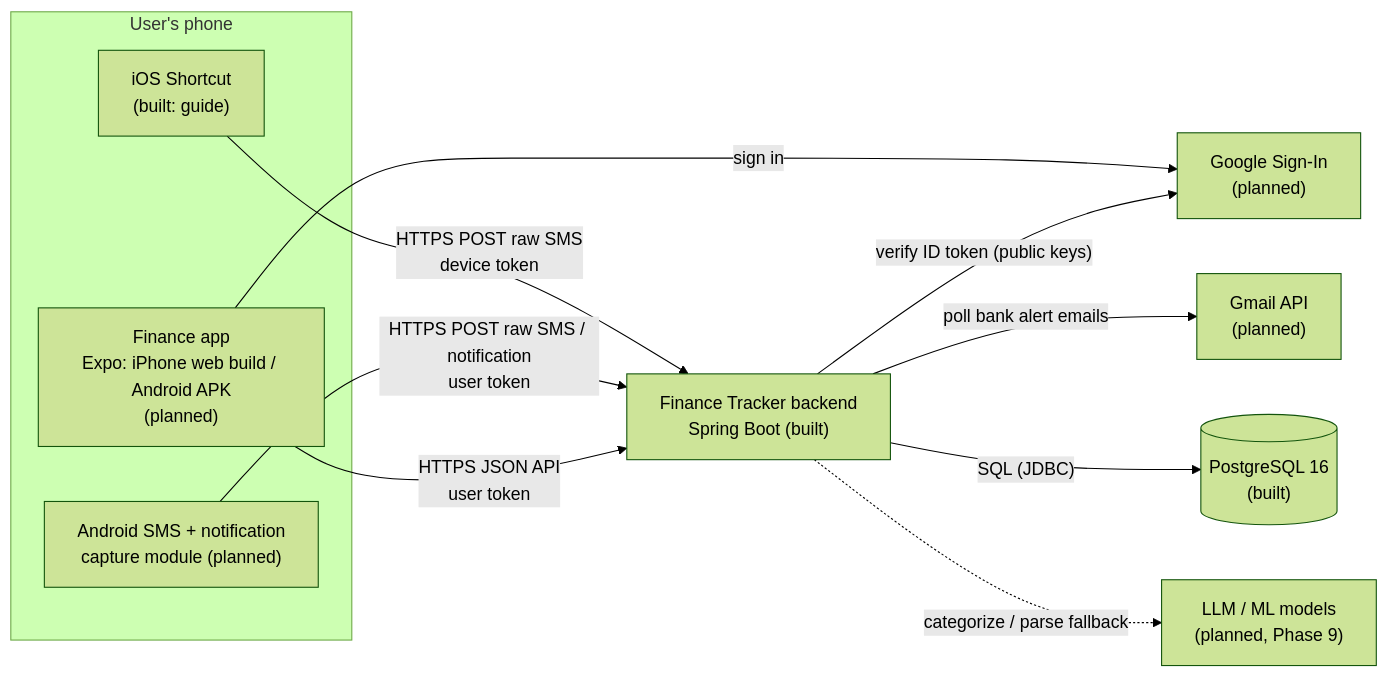
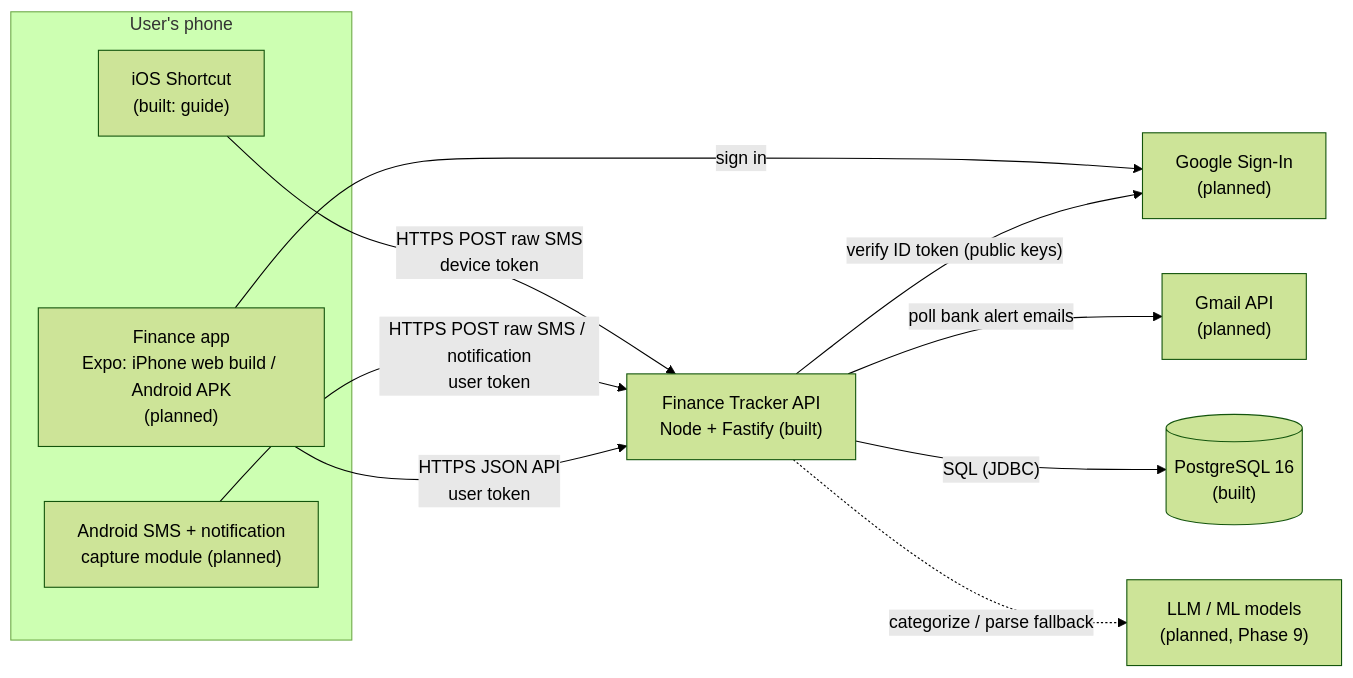
One commit to santoshmanaguli/finance-tracker changed the first of 5 diagrams in docs/architecture.md. Above: the diagram before and after it, drawn with Mermaid (forest theme). The commit also changed other lines of this file and 107 other files, not shown here.

First line of the commit message:
Step 1: port backend from Java/Spring Boot to Node + TypeScript + Fastify

````diff
--- a/docs/architecture.md
+++ b/docs/architecture.md
@@ -20,23 +20,23 @@
 ```mermaid
 flowchart LR
     subgraph Phone["User's phone"]
         SC["iOS Shortcut<br/>(built: guide)"]
         APP["Finance app<br/>Expo: iPhone web build / Android APK<br/>(planned)"]
         AND["Android SMS + notification<br/>capture module (planned)"]
     end
 
-    BE["Finance Tracker backend<br/>Spring Boot (built)"]
+    BE["Finance Tracker API<br/>Node + Fastify (built)"]
     DB[("PostgreSQL 16<br/>(built)")]
     G["Google Sign-In<br/>(planned)"]
     GM["Gmail API<br/>(planned)"]
     LLM["LLM / ML models<br/>(planned, Phase 9)"]
 
     SC -- "HTTPS POST raw SMS<br/>device token" --> BE
     AND -- "HTTPS POST raw SMS / notification<br/>user token" --> BE
     APP -- "HTTPS JSON API<br/>user token" --> BE
     APP -- "sign in" --> G
     BE -- "verify ID token (public keys)" --> G
     BE -- "poll bank alert emails" --> GM
     BE -- "SQL (JDBC)" --> DB
     BE -. "categorize / parse fallback" .-> LLM
 ```
````
